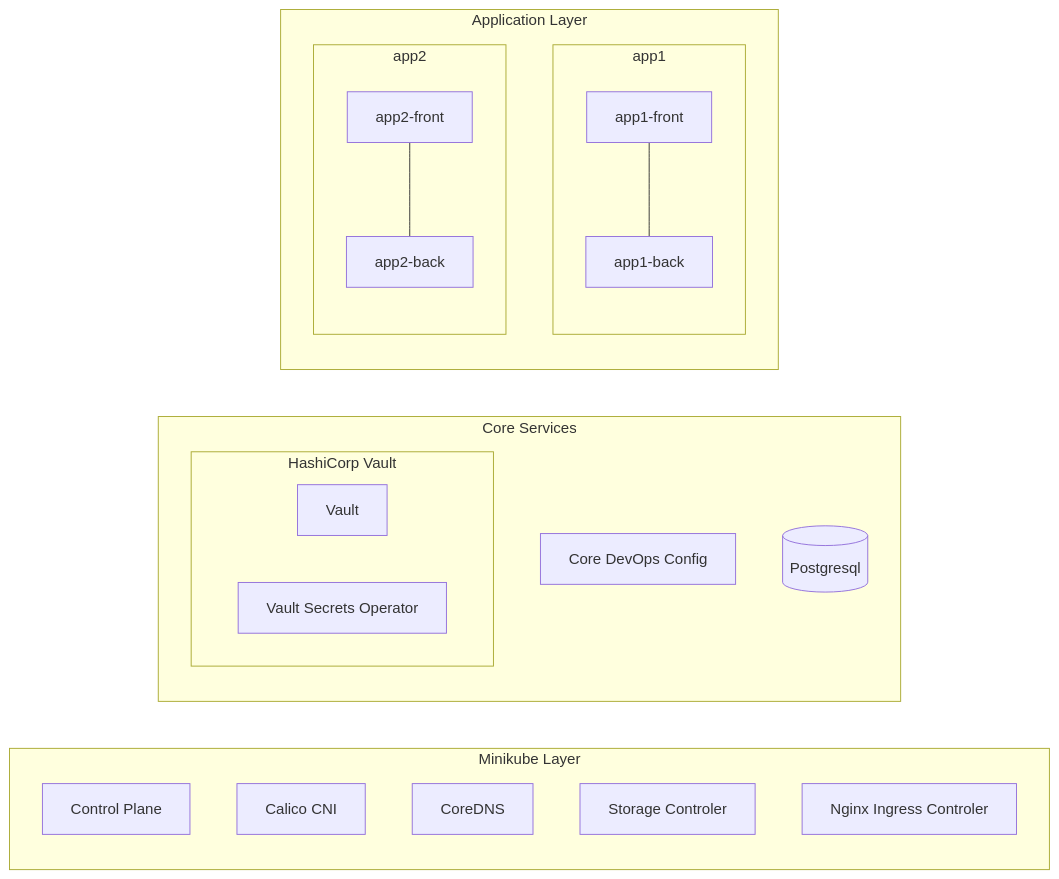
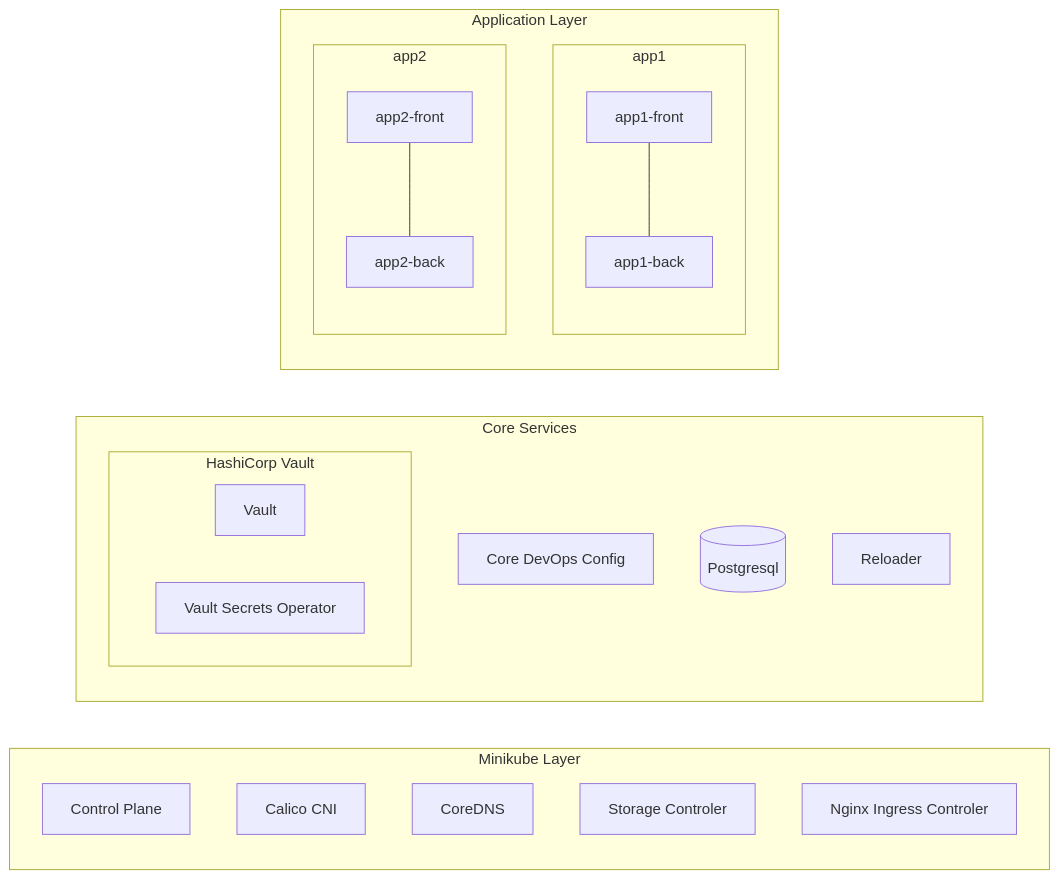
Before and after one commit to mandos/k8s-deployment.example: the first of 2 diagrams in README.md, drawn with Mermaid. The commit also changed other lines of this file and 1 other file, not shown here.

Commit message:
docs: Add dependencies graph for releases

````diff
--- a/README.md
+++ b/README.md
@@ -261,32 +261,33 @@
 ```mermaid
 flowchart LR 
 subgraph "Minikube Layer"
   control-plane[Control Plane]
   cni[Calico CNI]
   dns[CoreDNS]
   csi[Storage Controler]
   ingress[Nginx Ingress Controler]
 end
 
 subgraph "Core Services"
   devops[Core DevOps Config]
   db[(Postgresql)]
   subgraph "HashiCorp Vault"
     vault[Vault]
     operator[Vault Secrets Operator] 
   end
+  reloader[Reloader]
 end
 
 subgraph "Application Layer"
   direction TB
   subgraph app1
     direction BT 
     app1back[app1-back] --- app1front[app1-front]
   end
 
   subgraph app2
     direction BT 
     app2back[app2-back] --- app2front[app2-front]
   end
 end
 ```
````
